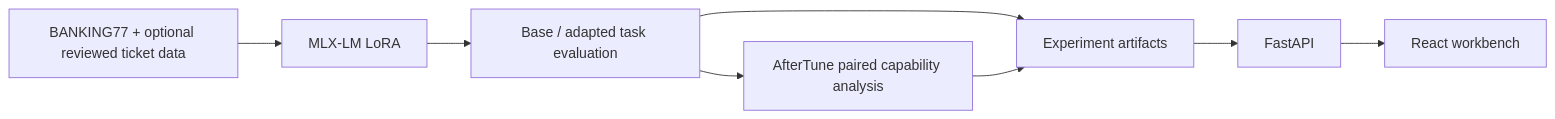
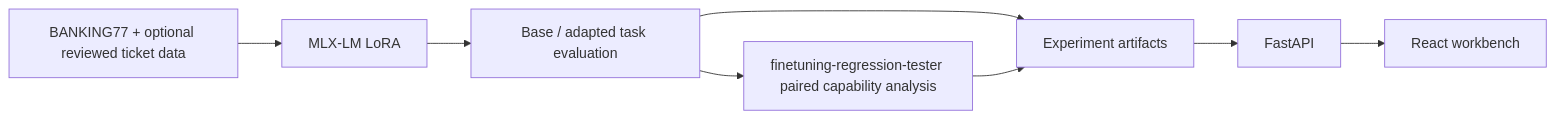
One commit to ranajahanzaib/llm-finetuning-and-serving changed the diagram in README.md. Above: the diagram before and after it, drawn with Mermaid. The commit also changed other lines of this file and 13 other files, not shown here.

Commit message:
chore(integrations): update aftertune references to finetuning-regression-tester

````diff
--- a/README.md
+++ b/README.md
@@ -7,9 +7,9 @@
 ```mermaid
 flowchart LR
   A[BANKING77 + optional reviewed ticket data] --> B[MLX-LM LoRA]
   B --> C[Base / adapted task evaluation]
-  C --> D[AfterTune paired capability analysis]
+  C --> D[finetuning-regression-tester paired capability analysis]
   C --> E[Experiment artifacts]
   D --> E
   E --> F[FastAPI] --> G[React workbench]
 ```
````
